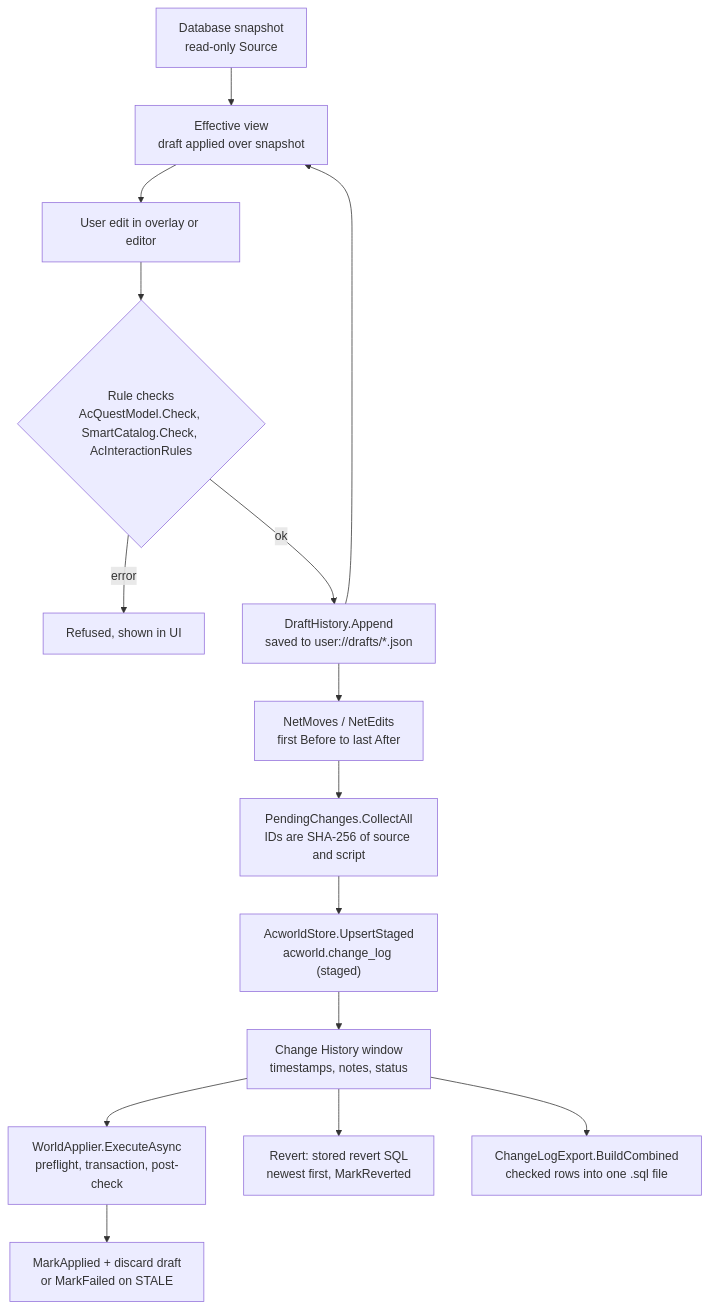
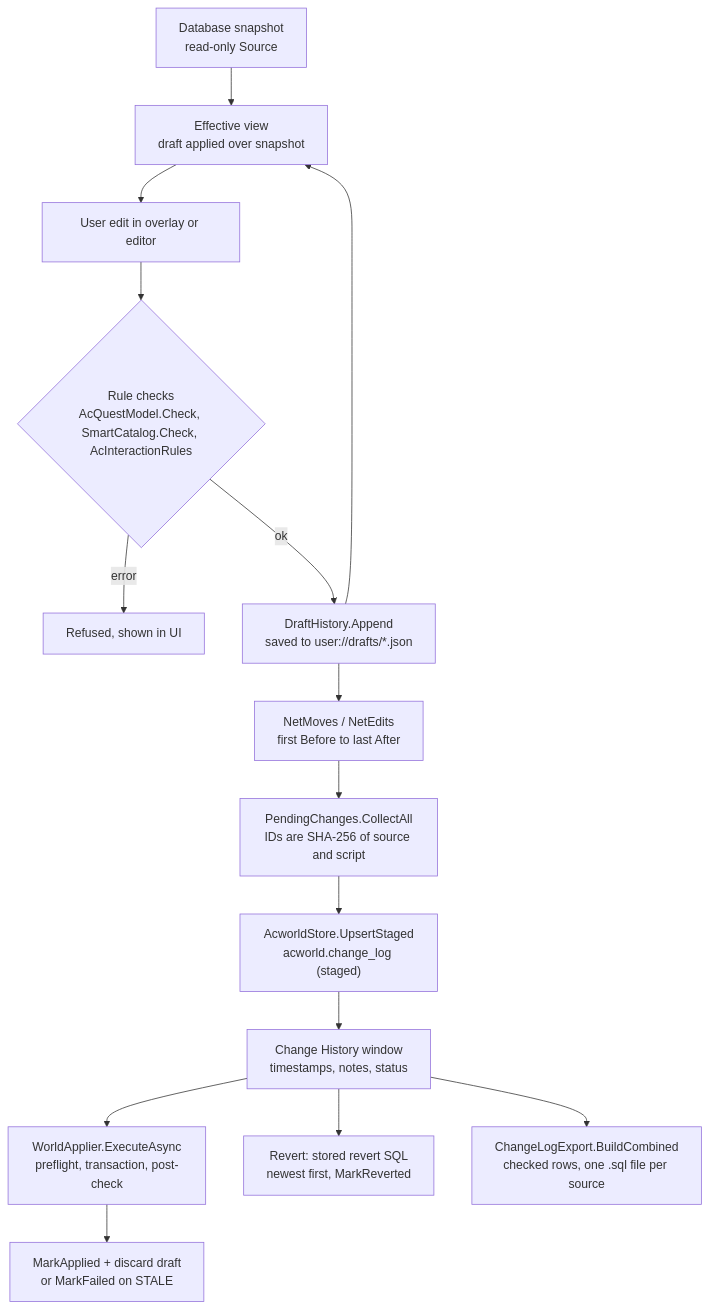
One commit to glitterfartz/ac-world-edit changed the second of 2 diagrams in docs/architecture/editing-and-export.md. Above: the diagram before and after it, drawn with Mermaid. The commit also changed other lines of this file and 3 other files, not shown here.

````diff
--- a/docs/architecture/editing-and-export.md
+++ b/docs/architecture/editing-and-export.md
@@ -117,17 +117,17 @@
 ```mermaid
 flowchart TB
     snap["Database snapshot<br/>read-only Source"] --> eff["Effective view<br/>draft applied over snapshot"]
     eff --> edit["User edit in overlay or editor"]
     edit --> rule{"Rule checks<br/>AcQuestModel.Check, SmartCatalog.Check, AcInteractionRules"}
     rule -->|error| refuse["Refused, shown in UI"]
     rule -->|ok| hist["DraftHistory.Append<br/>saved to user://drafts/*.json"]
     hist --> eff
     hist --> net["NetMoves / NetEdits<br/>first Before to last After"]
     net --> pend["PendingChanges.CollectAll<br/>IDs are SHA-256 of source and script"]
     pend --> stage["AcworldStore.UpsertStaged<br/>acworld.change_log (staged)"]
     stage --> window["Change History window<br/>timestamps, notes, status"]
     window --> apply["WorldApplier.ExecuteAsync<br/>preflight, transaction, post-check"]
     apply --> applied["MarkApplied + discard draft<br/>or MarkFailed on STALE"]
     window --> revert["Revert: stored revert SQL<br/>newest first, MarkReverted"]
-    window --> export["ChangeLogExport.BuildCombined<br/>checked rows into one .sql file"]
+    window --> export["ChangeLogExport.BuildCombined<br/>checked rows, one .sql file per source"]
 ```
````
